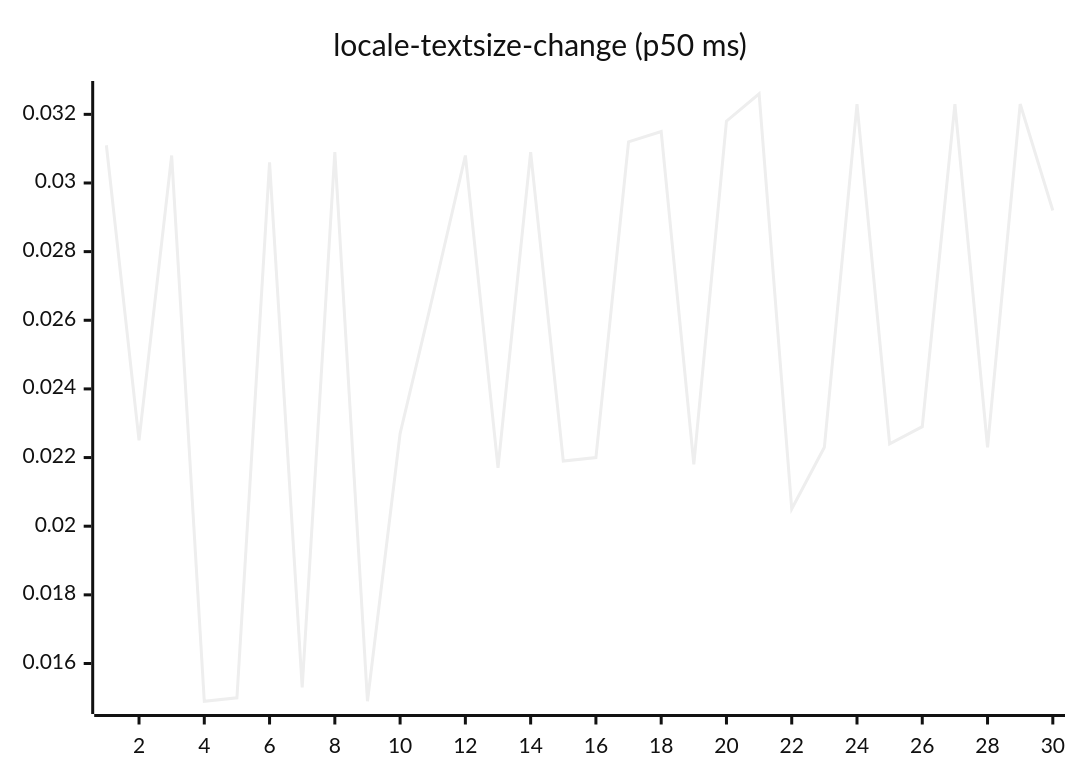
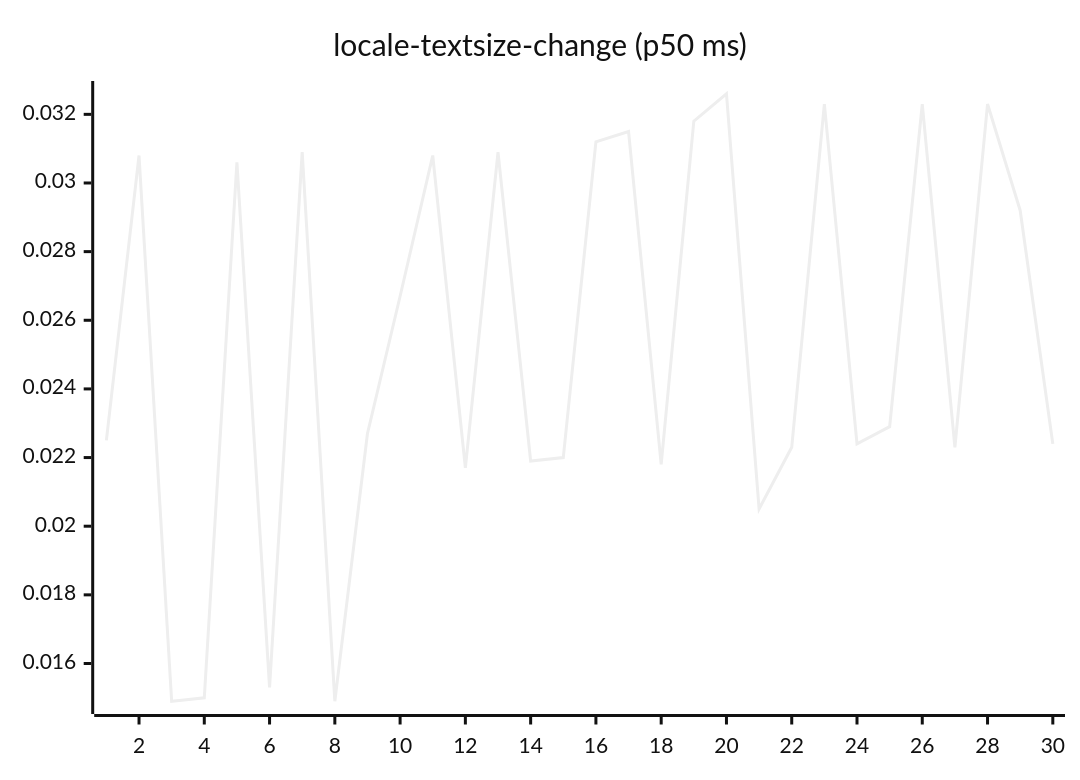
Diagram 13 of 27 in README.md (josha/Facet), drawn with Mermaid (neutral theme) before and after one commit. The commit also changed other lines of this file and 2 other files, not shown here.

````diff
--- a/README.md
+++ b/README.md
@@ -147,6 +147,6 @@
 ```mermaid
 xychart-beta
     title "locale-textsize-change (p50 ms)"
     x-axis 1 --> 30
-    line [0.0311, 0.0225, 0.0308, 0.0149, 0.0150, 0.0306, 0.0153, 0.0309, 0.0149, 0.0227, 0.0267, 0.0308, 0.0217, 0.0309, 0.0219, 0.0220, 0.0312, 0.0315, 0.0218, 0.0318, 0.0326, 0.0205, 0.0223, 0.0323, 0.0224, 0.0229, 0.0323, 0.0223, 0.0323, 0.0292]
+    line [0.0225, 0.0308, 0.0149, 0.0150, 0.0306, 0.0153, 0.0309, 0.0149, 0.0227, 0.0267, 0.0308, 0.0217, 0.0309, 0.0219, 0.0220, 0.0312, 0.0315, 0.0218, 0.0318, 0.0326, 0.0205, 0.0223, 0.0323, 0.0224, 0.0229, 0.0323, 0.0223, 0.0323, 0.0292, 0.0224]
 ```
````
